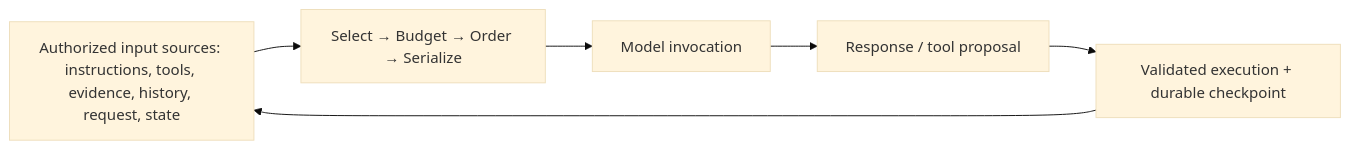
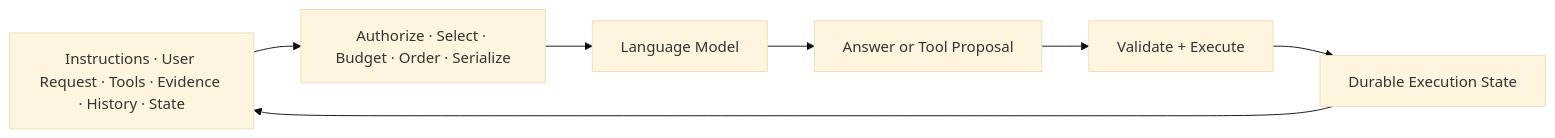
The diagram in 01-ai-engineering/context-engineering/00-INDEX.md (Pavan048/My-Field-Notes), drawn with Mermaid (base theme) before and after one commit. The commit also changed other lines of this file, not shown here.

````diff
--- a/01-ai-engineering/context-engineering/00-INDEX.md
+++ b/01-ai-engineering/context-engineering/00-INDEX.md
@@ -42,8 +37,10 @@
 ```mermaid
 flowchart LR
-  SRC["Authorized input sources: instructions, tools, evidence, history, request, state"] --> A["Select → Budget → Order → Serialize"]
-  A --> M["Model invocation"]
-  M --> R["Response / tool proposal"]
-  R --> H["Validated execution + durable checkpoint"]
-  H --> SRC
+  SRC["Instructions · User Request · Tools · Evidence · History · State"]
+  SRC --> A["Authorize · Select · Budget · Order · Serialize"]
+  A --> LLM["Language Model"]
+  LLM --> OUT["Answer or Tool Proposal"]
+  OUT --> EX["Validate + Execute"]
+  EX --> STATE["Durable Execution State"]
+  STATE --> SRC
 ```
````
